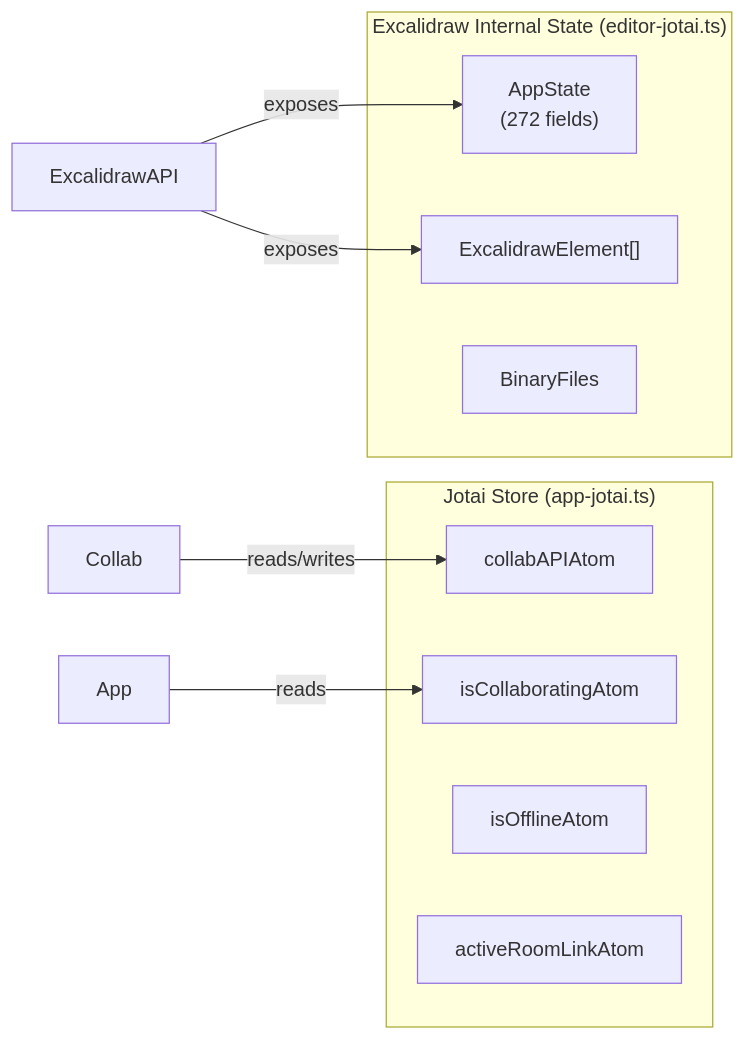
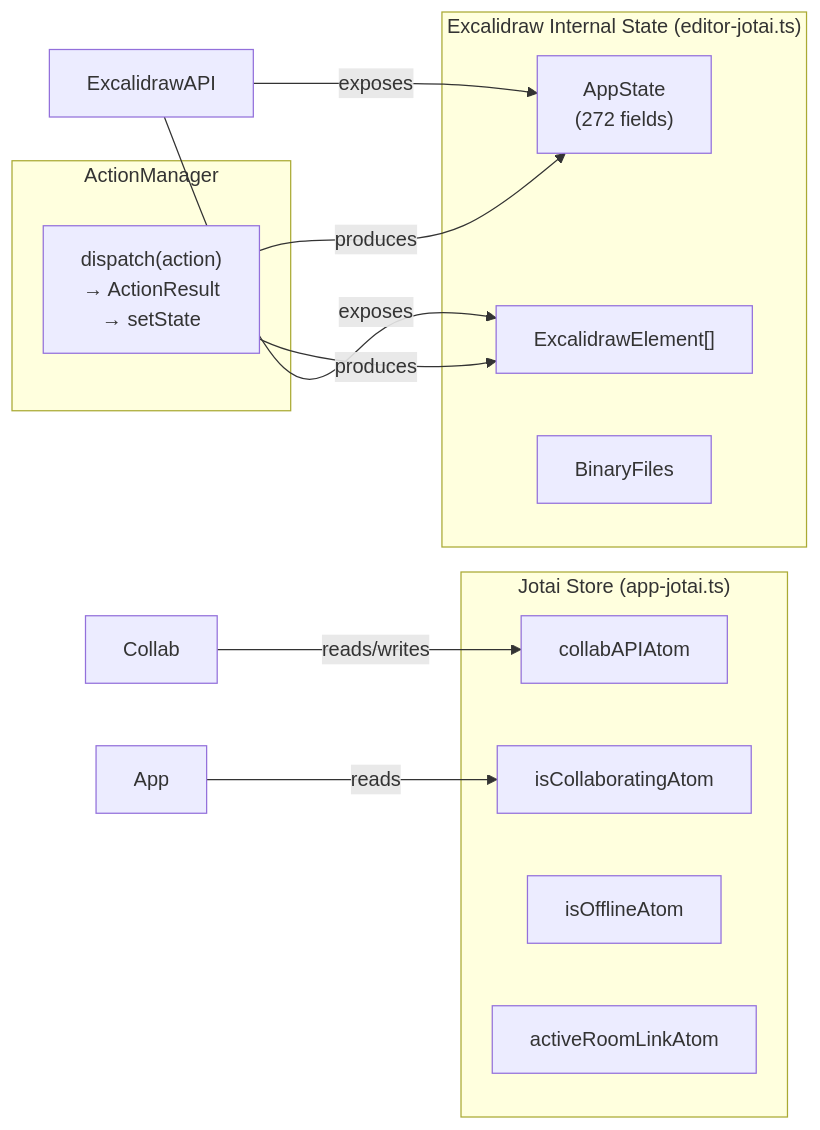
Before and after one commit to romanfomenko/2026-fwdays-agentic-large-day01-hw: the third of 8 diagrams in docs/technical/architecture.md, drawn with Mermaid. The commit also changed other lines of this file and 4 other files, not shown here.

````diff
--- a/docs/technical/architecture.md
+++ b/docs/technical/architecture.md
@@ -102,20 +108,26 @@
 ```mermaid
 graph LR
     subgraph "Jotai Store (app-jotai.ts)"
         CollabAPI["collabAPIAtom"]
         IsCollab["isCollaboratingAtom"]
         IsOffline["isOfflineAtom"]
         RoomLink["activeRoomLinkAtom"]
     end
 
     subgraph "Excalidraw Internal State (editor-jotai.ts)"
         AppState["AppState\n(272 fields)"]
         Elements["ExcalidrawElement[]"]
         Files["BinaryFiles"]
     end
 
+    subgraph "ActionManager"
+        AM["dispatch(action)\n→ ActionResult\n→ setState"]
+    end
+
     Collab -->|reads/writes| CollabAPI
     App -->|reads| IsCollab
     ExcalidrawAPI -->|exposes| AppState
     ExcalidrawAPI -->|exposes| Elements
+    AM -->|produces| AppState
+    AM -->|produces| Elements
 ```
````
